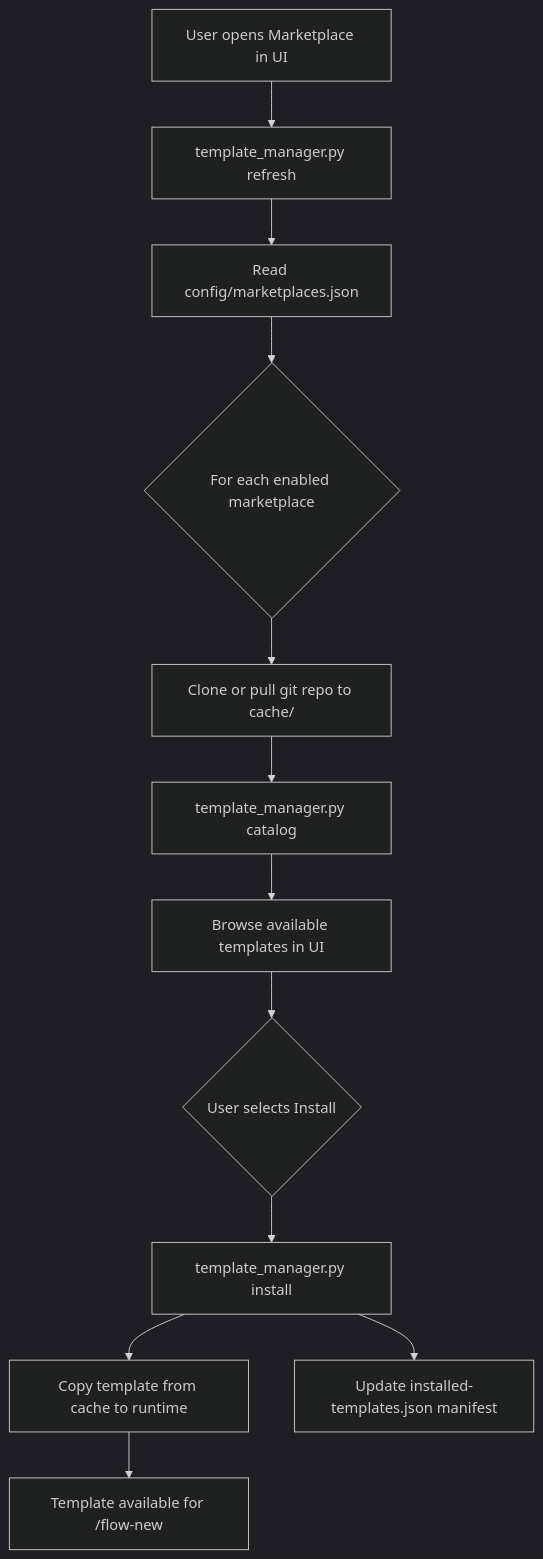
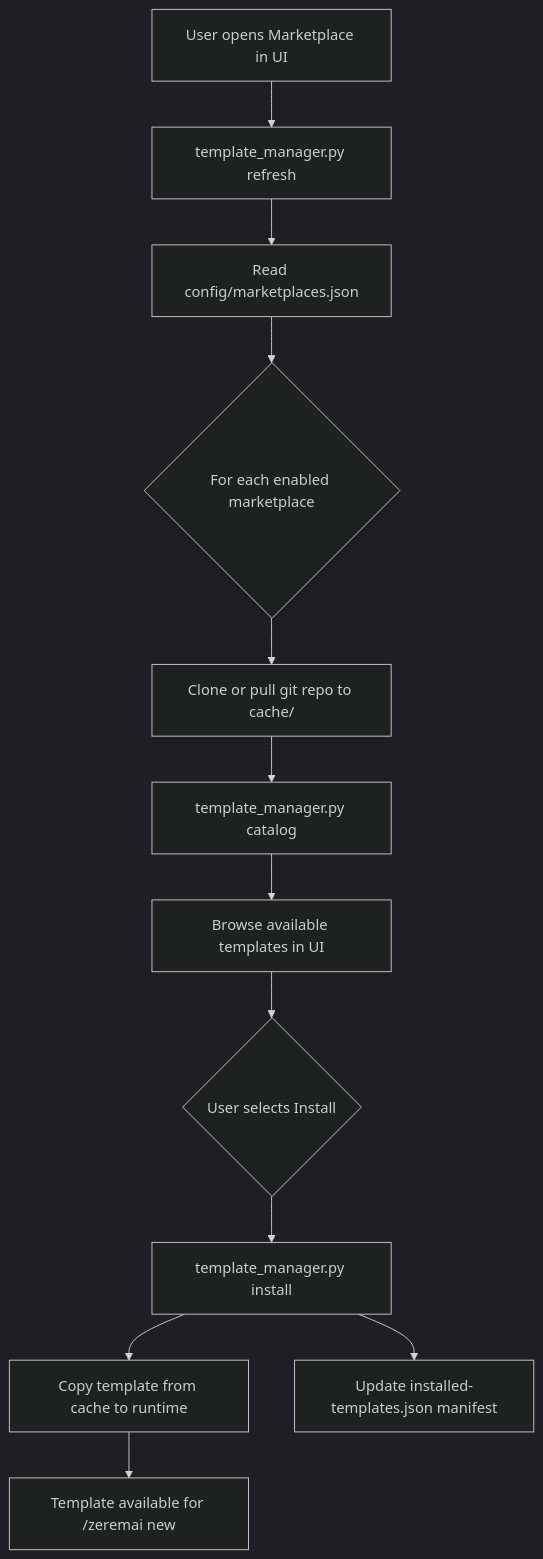
The second of 2 diagrams in docs/architecture.md (HMTools/ZeremAI), drawn with Mermaid (dark theme) before and after one commit. The commit also changed other lines of this file and 32 other files, not shown here.

Commit message:
feat: the command is /zeremai, not /flow (v4.0.0)

````diff
--- a/docs/architecture.md
+++ b/docs/architecture.md
@@ -325,14 +325,14 @@
 ```mermaid
 graph TD
     A[User opens Marketplace in UI] --> B[template_manager.py refresh]
     B --> C[Read config/marketplaces.json]
     C --> D{For each enabled marketplace}
     D --> E[Clone or pull git repo to cache/]
     E --> F[template_manager.py catalog]
     F --> G[Browse available templates in UI]
     G --> H{User selects Install}
     H --> I[template_manager.py install]
     I --> J[Copy template from cache to runtime]
     I --> K[Update installed-templates.json manifest]
-    J --> L[Template available for /flow-new]
+    J --> L[Template available for /zeremai new]
 ```
````
